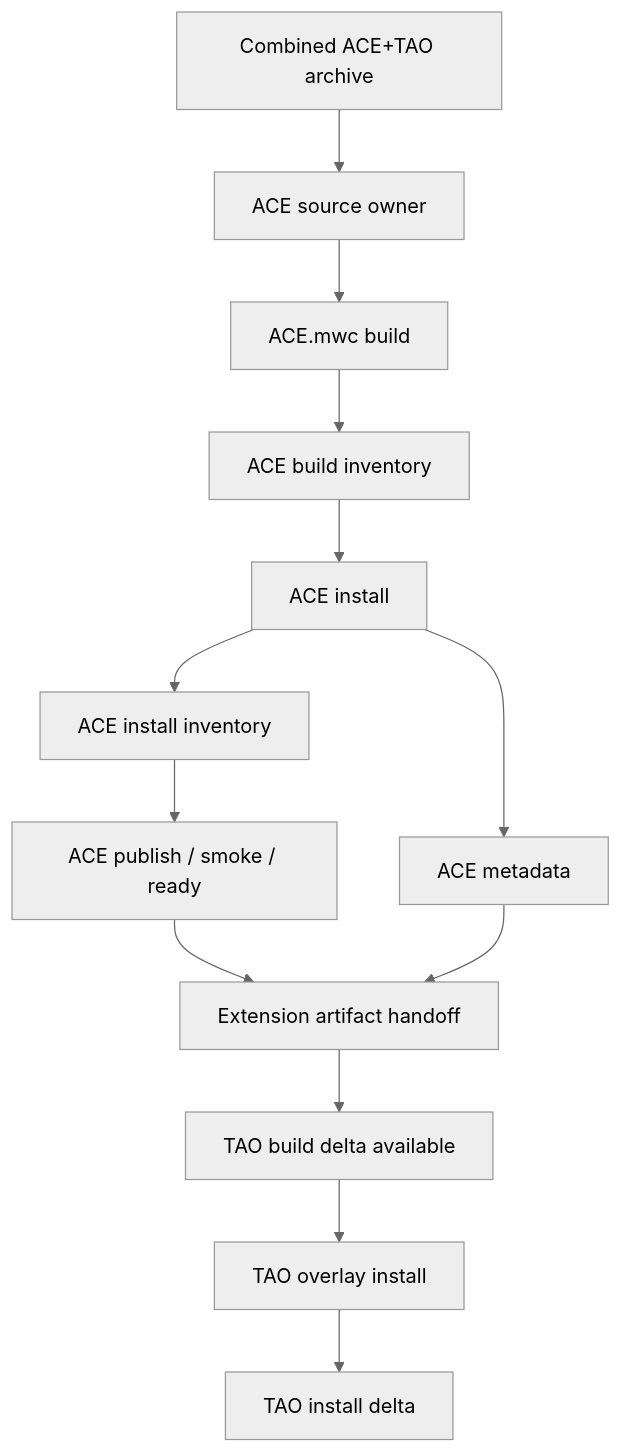
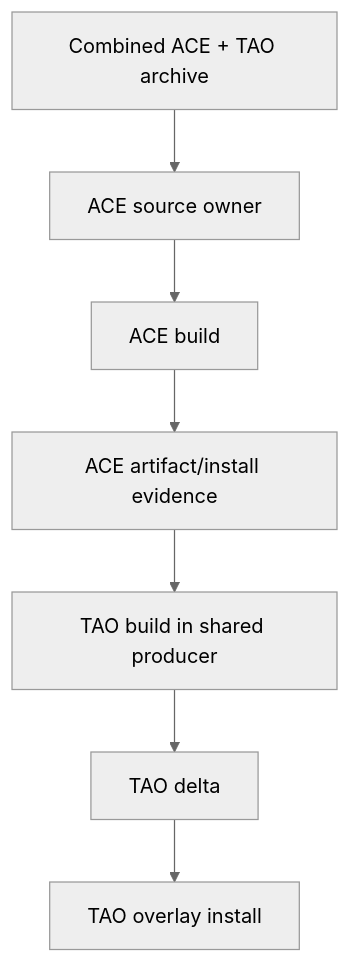
Before and after one commit to adeccscholar/BuildEngine-Admin: the fourth of 4 diagrams in admin/server-docs/buildengine.md, drawn with Mermaid (neutral theme). The commit also changed other lines of this file, not shown here.

Commit message:
Align public BuildEngine architecture documentation

````diff
--- a/admin/server-docs/buildengine.md
+++ b/admin/server-docs/buildengine.md
@@ -160,15 +131,9 @@
 ```mermaid
 flowchart TD
-    U[Combined ACE+TAO archive] --> AS[ACE source owner]
-    AS --> AB[ACE.mwc build]
-    AB --> ABI[ACE build inventory]
-    ABI --> AI[ACE install]
-    AI --> AII[ACE install inventory]
-    AII --> AR[ACE publish / smoke / ready]
-    AI --> AM[ACE metadata]
-    AR --> H[Extension artifact handoff]
-    AM --> H
-    H --> TB[TAO build delta available]
-    TB --> TI[TAO overlay install]
-    TI --> TII[TAO install delta]
+    U[Combined ACE + TAO archive] --> AS[ACE source owner]
+    AS --> AB[ACE build]
+    AB --> AI[ACE artifact/install evidence]
+    AI --> TB[TAO build in shared producer]
+    TB --> TD[TAO delta]
+    TD --> TI[TAO overlay install]
 ```
````
